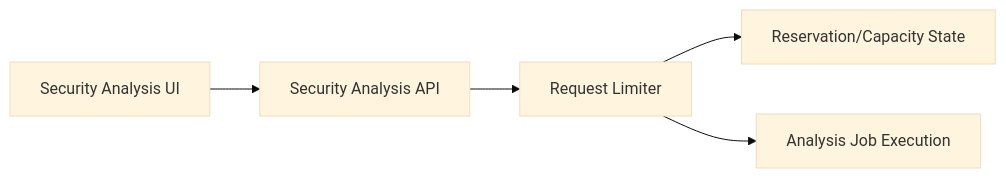
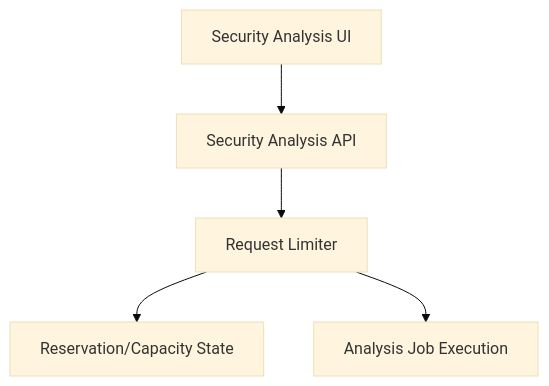
One commit to zmrdltl/portfolio changed the first of 2 diagrams in docs/experience/cluml.en.md. Above: the diagram before and after it, drawn with Mermaid (base theme). The commit also changed other lines of this file and 7 other files, not shown here.

````diff
--- a/docs/experience/cluml.en.md
+++ b/docs/experience/cluml.en.md
@@ -9,13 +11,13 @@
 ```mermaid
-flowchart LR
+flowchart TB
   ui["Security Analysis UI"]
   api["Security Analysis API"]
   limiter["Request Limiter"]
   capacity["Reservation/Capacity State"]
   worker["Analysis Job Execution"]
 
   ui --> api
   api --> limiter
   limiter --> capacity
   limiter --> worker
 ```
````
